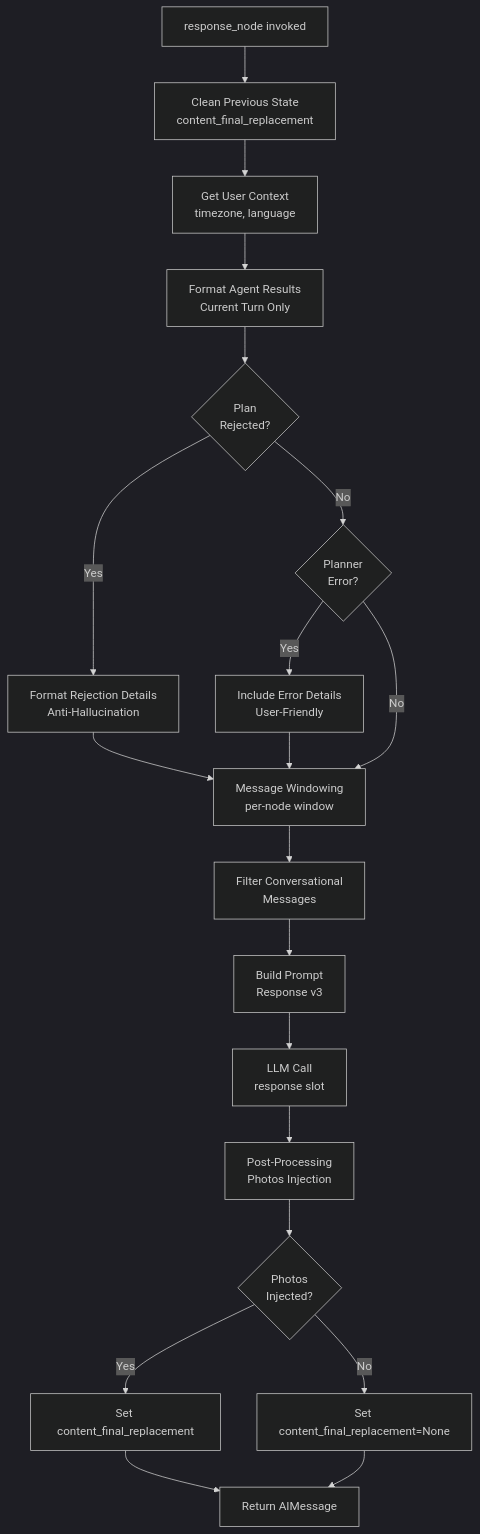
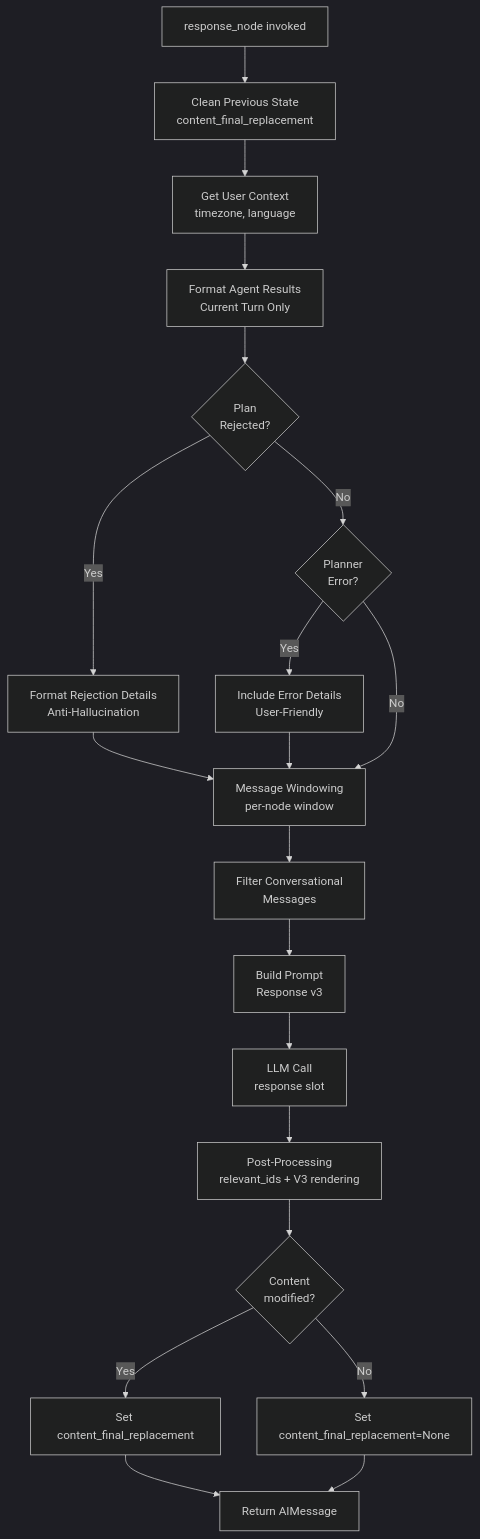
The second of 5 diagrams in docs/technical/RESPONSE.md (jgouviergmail/LIA-Assistant), drawn with Mermaid (dark theme) before and after one commit. The commit also changed other lines of this file and 1512 other files, not shown here.

````diff
--- a/docs/technical/RESPONSE.md
+++ b/docs/technical/RESPONSE.md
@@ -81,22 +81,22 @@
 ```mermaid
 graph TD
     A[response_node invoked] --> B[Clean Previous State<br/>content_final_replacement]
     B --> C[Get User Context<br/>timezone, language]
     C --> D[Format Agent Results<br/>Current Turn Only]
     D --> E{Plan<br/>Rejected?}
     E -->|Yes| F[Format Rejection Details<br/>Anti-Hallucination]
     E -->|No| G{Planner<br/>Error?}
     G -->|Yes| H[Include Error Details<br/>User-Friendly]
     G -->|No| I[Message Windowing<br/>per-node window]
     F --> I
     H --> I
     I --> J[Filter Conversational<br/>Messages]
     J --> K[Build Prompt<br/>Response v3]
     K --> L[LLM Call<br/>response slot]
-    L --> M[Post-Processing<br/>Photos Injection]
-    M --> N{Photos<br/>Injected?}
+    L --> M[Post-Processing<br/>relevant_ids + V3 rendering]
+    M --> N{Content<br/>modified?}
     N -->|Yes| O[Set content_final_replacement]
     N -->|No| P[Set content_final_replacement=None]
     O --> Q[Return AIMessage]
     P --> Q
 ```
````
